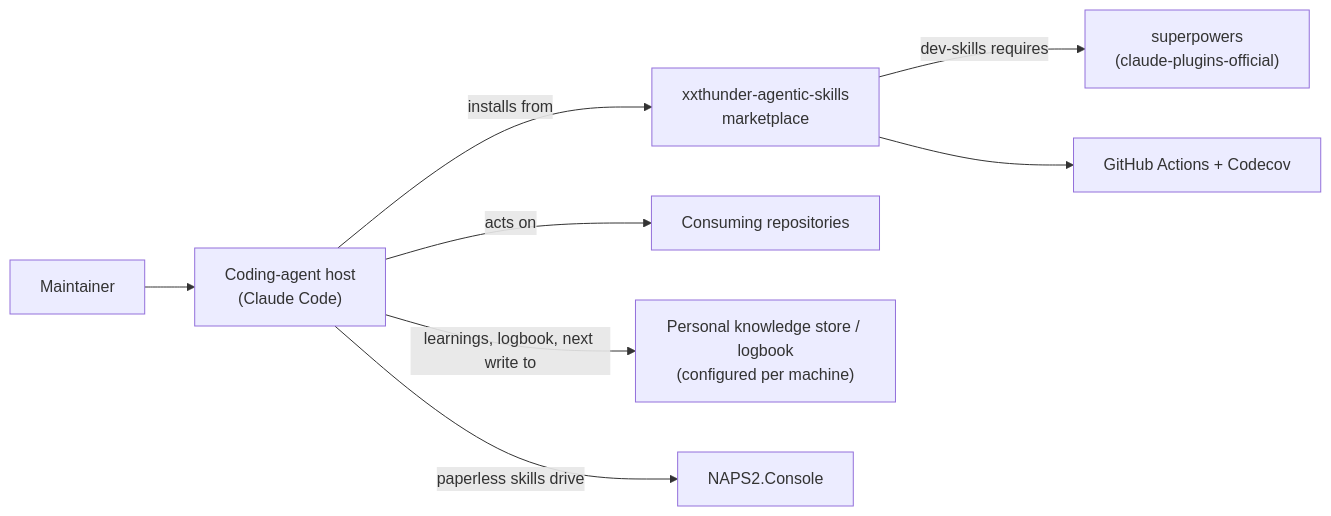
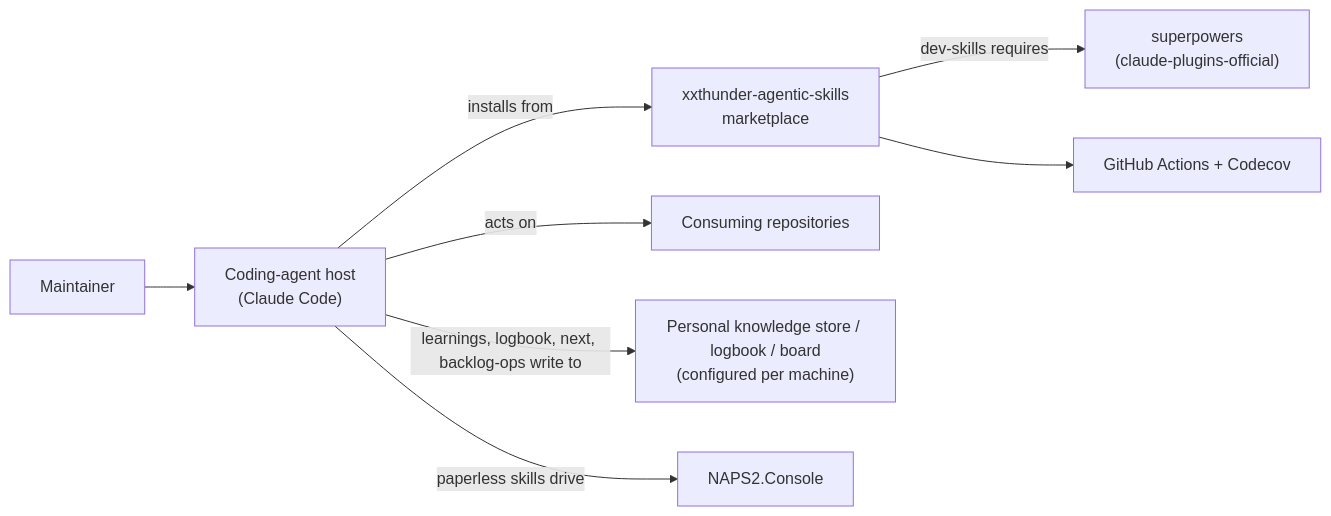
Before and after one commit to xxthunder/xxthunder-agentic-skills: the first of 8 diagrams in docs/architecture.md, drawn with Mermaid. The commit also changed other lines of this file and 3 other files, not shown here.

First line of the commit message:
docs(architecture): the board as its own store; backlog-ops moves cards (XAS-046)

````diff
--- a/docs/architecture.md
+++ b/docs/architecture.md
@@ -12,19 +12,19 @@
 ```mermaid
 flowchart LR
     dev["Maintainer"]
     host["Coding-agent host<br/>(Claude Code)"]
     mkt["xxthunder-agentic-skills<br/>marketplace"]
     consumer["Consuming repositories"]
-    store["Personal knowledge store / logbook<br/>(configured per machine)"]
+    store["Personal knowledge store / logbook / board<br/>(configured per machine)"]
     sp["superpowers<br/>(claude-plugins-official)"]
     naps["NAPS2.Console"]
     ci["GitHub Actions + Codecov"]
 
     dev --> host
     host -->|installs from| mkt
     host -->|acts on| consumer
-    host -->|learnings, logbook, next write to| store
+    host -->|learnings, logbook, next, backlog-ops write to| store
     mkt -->|dev-skills requires| sp
     host -->|paperless skills drive| naps
     mkt --> ci
 ```
````
